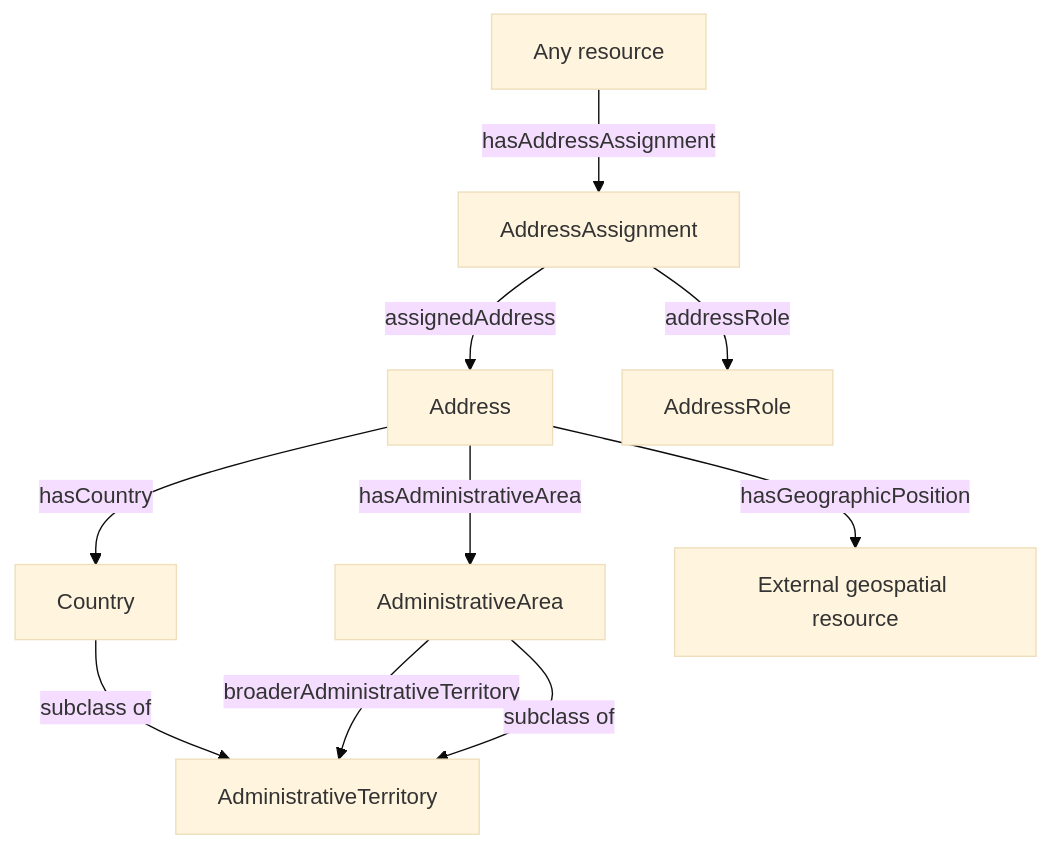
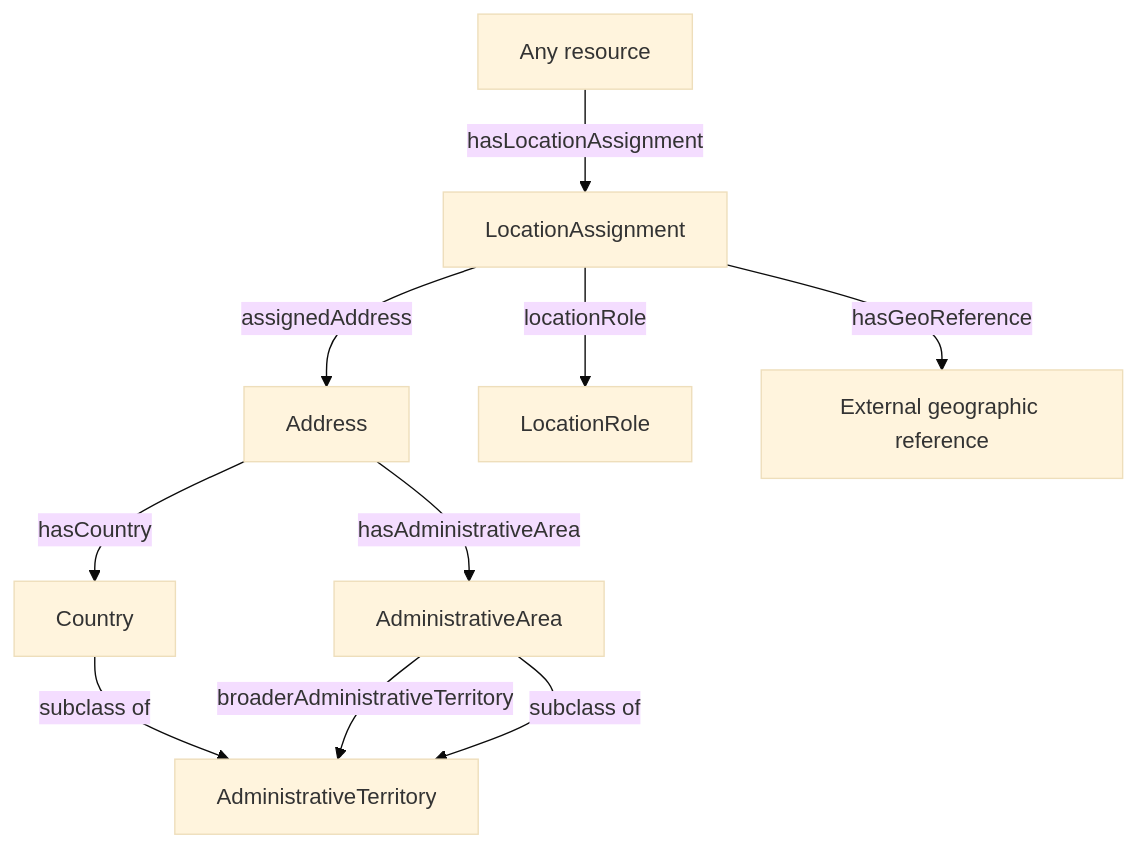
Before and after one commit to project-construct-x/constructx-ontologies: the diagram in modules/core/address/docs/03_concept-model.md, drawn with Mermaid (base theme). The commit also changed other lines of this file and 97 other files, not shown here.

Commit message:
feat(core): migrate Address and Contact to location assignments

````diff
--- a/modules/core/address/docs/03_concept-model.md
+++ b/modules/core/address/docs/03_concept-model.md
@@ -39,12 +39,12 @@
 ```mermaid
 flowchart TD
-    R["Any resource"] -->|hasAddressAssignment| AA["AddressAssignment"]
+    R["Any resource"] -->|hasLocationAssignment| AA["LocationAssignment"]
     AA -->|assignedAddress| A["Address"]
-    AA -->|addressRole| AR["AddressRole"]
+    AA -->|locationRole| AR["LocationRole"]
     A -->|hasCountry| C["Country"]
     A -->|hasAdministrativeArea| AD["AdministrativeArea"]
-    A -->|hasGeographicPosition| G["External geospatial resource"]
+    AA -->|hasGeoReference| G["External geographic reference"]
     AD -->|broaderAdministrativeTerritory| AT["AdministrativeTerritory"]
     C -->|subclass of| AT
     AD -->|subclass of| AT
 ```
````
